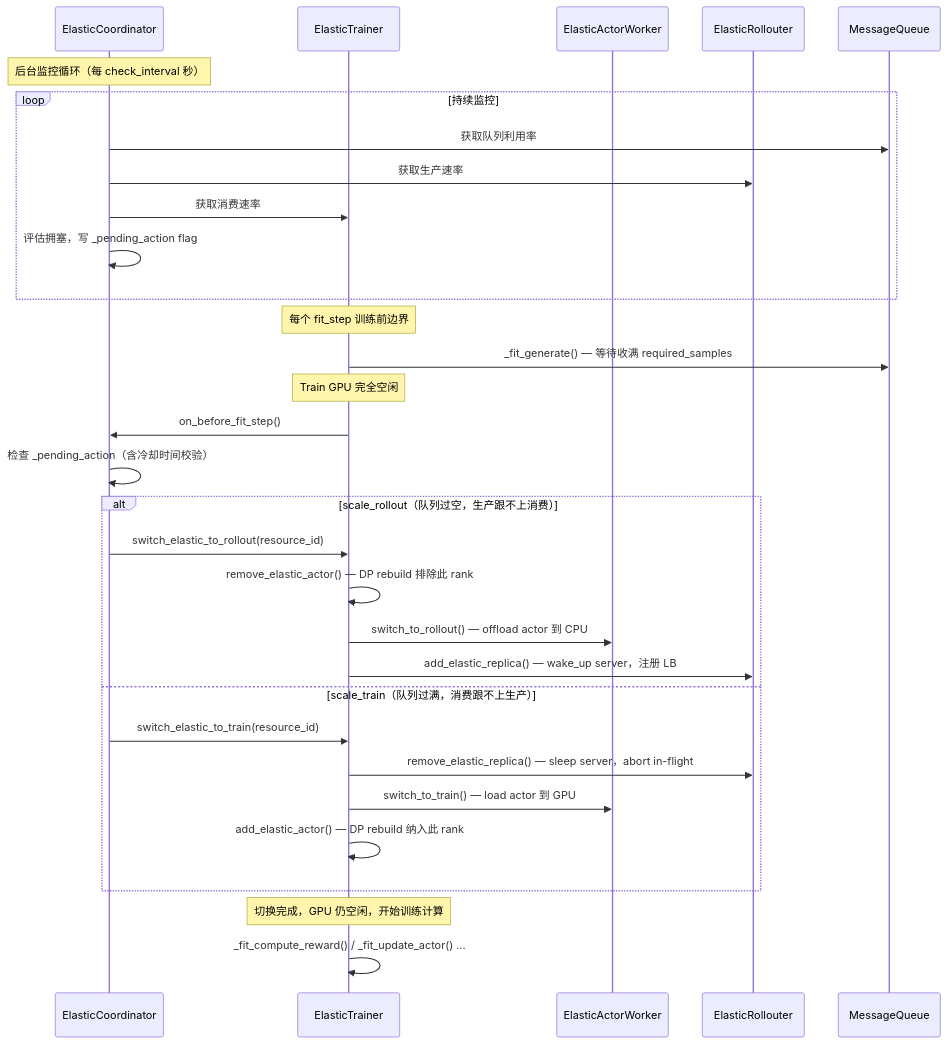
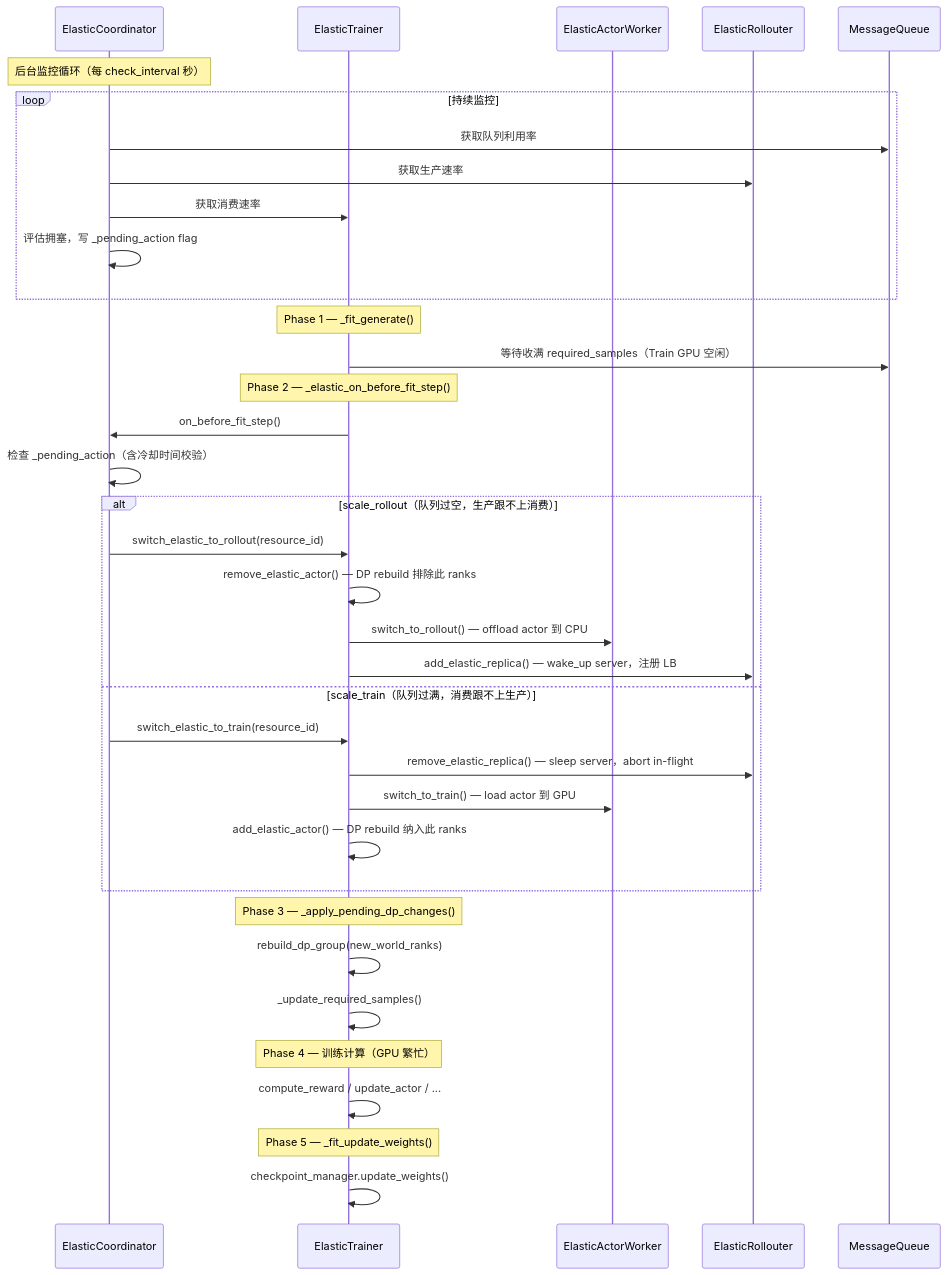
The third of 12 diagrams in verl/experimental/elastic_scheduling/README.md (meituan-search/verl), drawn with Mermaid before and after one commit. The commit also changed other lines of this file, not shown here.

````diff
--- a/verl/experimental/elastic_scheduling/README.md
+++ b/verl/experimental/elastic_scheduling/README.md
@@ -90,38 +90,45 @@
 ```mermaid
 sequenceDiagram
     participant EC as ElasticCoordinator
     participant ET as ElasticTrainer
     participant EW as ElasticActorWorker
     participant ER as ElasticRollouter
     participant MQ as MessageQueue
     
     Note over EC: 后台监控循环（每 check_interval 秒）
     loop 持续监控
         EC->>MQ: 获取队列利用率
         EC->>ER: 获取生产速率
         EC->>ET: 获取消费速率
         EC->>EC: 评估拥塞，写 _pending_action flag
     end
     
-    Note over ET: 每个 fit_step 训练前边界
-    ET->>MQ: _fit_generate() — 等待收满 required_samples
-    Note over ET: Train GPU 完全空闲
+    Note over ET: Phase 1 — _fit_generate()
+    ET->>MQ: 等待收满 required_samples（Train GPU 空闲）
 
+    Note over ET: Phase 2 — _elastic_on_before_fit_step()
     ET->>EC: on_before_fit_step()
     EC->>EC: 检查 _pending_action（含冷却时间校验）
 
     alt scale_rollout（队列过空，生产跟不上消费）
         EC->>ET: switch_elastic_to_rollout(resource_id)
-        ET->>ET: remove_elastic_actor() — DP rebuild 排除此 rank
+        ET->>ET: remove_elastic_actor() — DP rebuild 排除此 ranks
         ET->>EW: switch_to_rollout() — offload actor 到 CPU
         ET->>ER: add_elastic_replica() — wake_up server，注册 LB
     else scale_train（队列过满，消费跟不上生产）
         EC->>ET: switch_elastic_to_train(resource_id)
         ET->>ER: remove_elastic_replica() — sleep server，abort in-flight
         ET->>EW: switch_to_train() — load actor 到 GPU
-        ET->>ET: add_elastic_actor() — DP rebuild 纳入此 rank
+        ET->>ET: add_elastic_actor() — DP rebuild 纳入此 ranks
     end
         
-    Note over ET: 切换完成，GPU 仍空闲，开始训练计算
-    ET->>ET: _fit_compute_reward() / _fit_update_actor() ...
+    Note over ET: Phase 3 — _apply_pending_dp_changes()
+    ET->>ET: rebuild_dp_group(new_world_ranks)
+    ET->>ET: _update_required_samples()
+
+    Note over ET: Phase 4 — 训练计算（GPU 繁忙）
+    ET->>ET: compute_reward / update_actor / ...
+
+    Note over ET: Phase 5 — _fit_update_weights()
+    ET->>ET: checkpoint_manager.update_weights()
 ```
````
